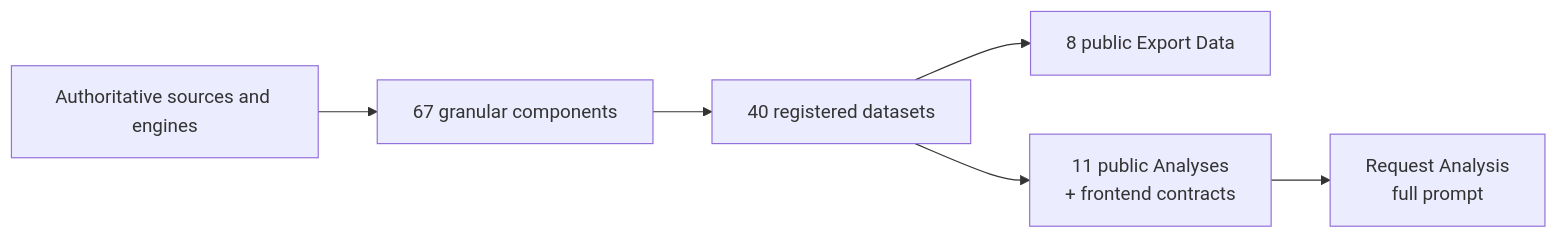
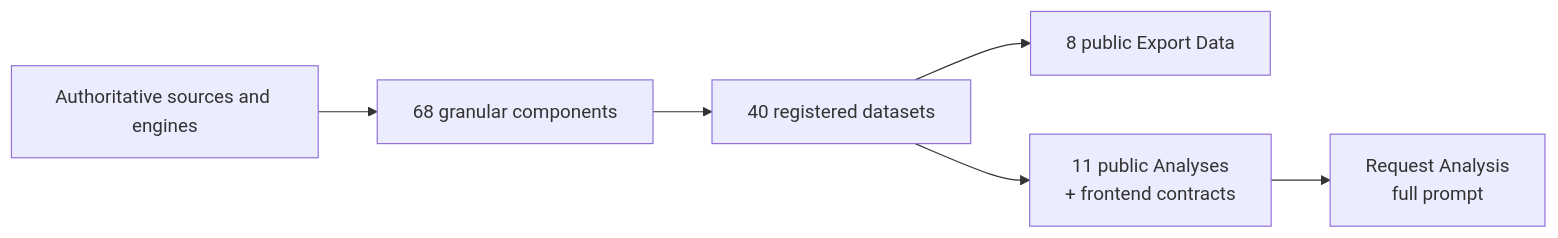
The first of 2 diagrams in mkdocs_src/docs/developer/architecture/patterns/ai_export_snapshot.md (Librefolio/LibreFolio), drawn with Mermaid before and after one commit. The commit also changed other lines of this file, not shown here.

````diff
--- a/mkdocs_src/docs/developer/architecture/patterns/ai_export_snapshot.md
+++ b/mkdocs_src/docs/developer/architecture/patterns/ai_export_snapshot.md
@@ -30,8 +30,8 @@
 ```mermaid
 flowchart LR
-    S["Authoritative sources and engines"] --> C["67 granular components"]
+    S["Authoritative sources and engines"] --> C["68 granular components"]
     C --> D["40 registered datasets"]
     D --> E["8 public Export Data"]
     D --> A["11 public Analyses<br/>+ frontend contracts"]
     A --> P["Request Analysis<br/>full prompt"]
 ```
````
